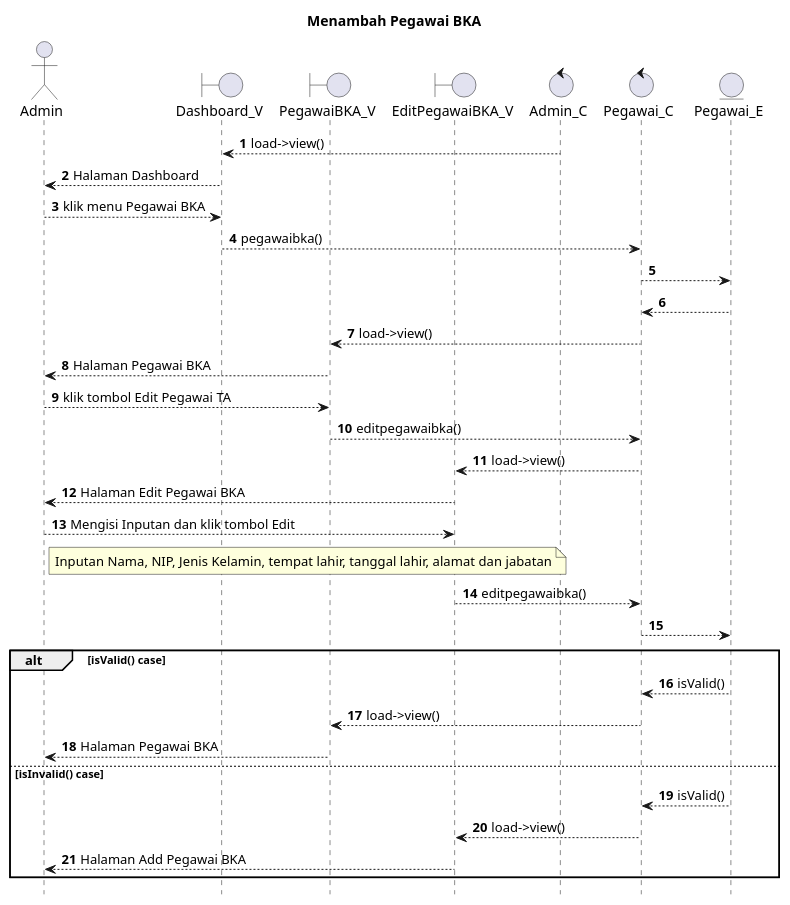
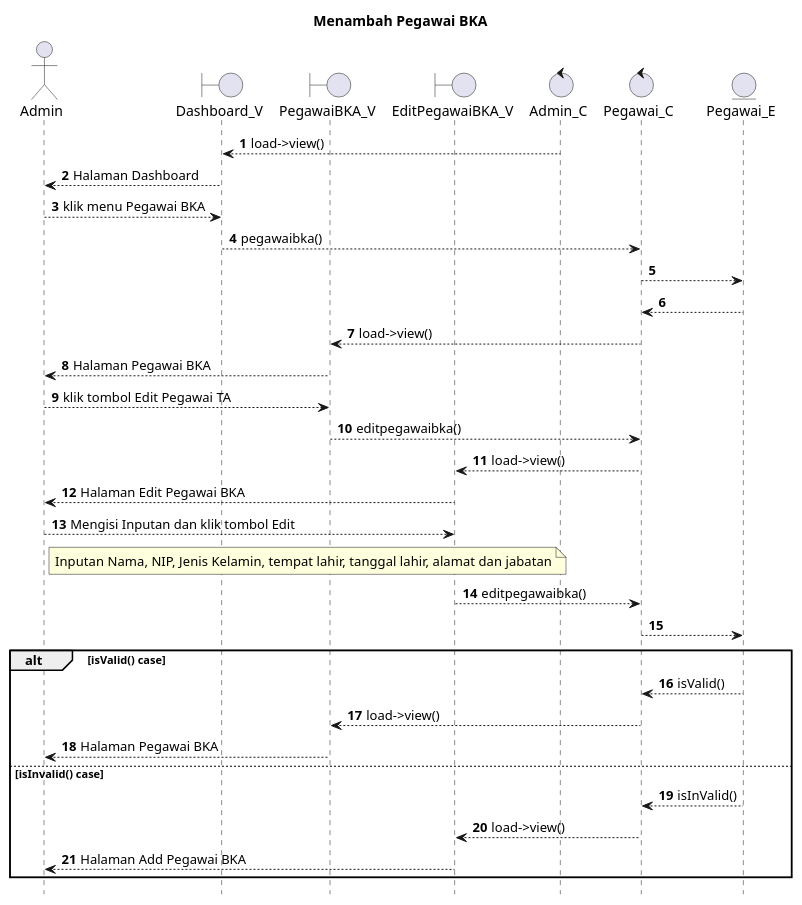
One commit to kurniado729/sistem_kp changed the diagram in SELAIN SISTEM/UML/SEQUENCE/admin/EditPegawaiBKA.puml. Above: the diagram before and after it, drawn with PlantUML. The commit also changed 59 other files, not shown here.

```diff
--- a/SELAIN SISTEM/UML/SEQUENCE/admin/EditPegawaiBKA.puml
+++ b/SELAIN SISTEM/UML/SEQUENCE/admin/EditPegawaiBKA.puml
@@ -1,50 +1,50 @@
 @startuml
 
 autonumber
 hide footbox
 title Menambah Pegawai BKA
 
 Actor Admin
 boundary Dashboard_V
 boundary PegawaiBKA_V
 boundary EditPegawaiBKA_V
 control Admin_C
 control Pegawai_C
 Entity Pegawai_E
 
 Admin_C --> Dashboard_V: load->view()
 Dashboard_V --> Admin: Halaman Dashboard
 Admin --> Dashboard_V: klik menu Pegawai BKA
 Dashboard_V --> Pegawai_C: pegawaibka()
 Pegawai_C --> Pegawai_E:
     
     Pegawai_E --> Pegawai_C:
     Pegawai_C --> PegawaiBKA_V: load->view()
     PegawaiBKA_V --> Admin: Halaman Pegawai BKA
 
 Admin --> PegawaiBKA_V: klik tombol Edit Pegawai TA
 PegawaiBKA_V --> Pegawai_C: editpegawaibka()
 Pegawai_C --> EditPegawaiBKA_V: load->view()
 EditPegawaiBKA_V --> Admin: Halaman Edit Pegawai BKA
 
 Admin --> EditPegawaiBKA_V: Mengisi Inputan dan klik tombol Edit
     note right of Admin
         Inputan Nama, NIP, Jenis Kelamin, tempat lahir, tanggal lahir, alamat dan jabatan
             end note
 EditPegawaiBKA_V --> Pegawai_C: editpegawaibka()
 Pegawai_C --> Pegawai_E:
 
 alt isValid() case
     
     Pegawai_E --> Pegawai_C: isValid()
     Pegawai_C --> PegawaiBKA_V: load->view()
     PegawaiBKA_V --> Admin: Halaman Pegawai BKA
 
 else isInvalid() case
     
-    Pegawai_E --> Pegawai_C: isValid()
+    Pegawai_E --> Pegawai_C: isInValid()
     Pegawai_C --> EditPegawaiBKA_V: load->view()
     EditPegawaiBKA_V --> Admin: Halaman Add Pegawai BKA
 
 end
 @enduml
```
